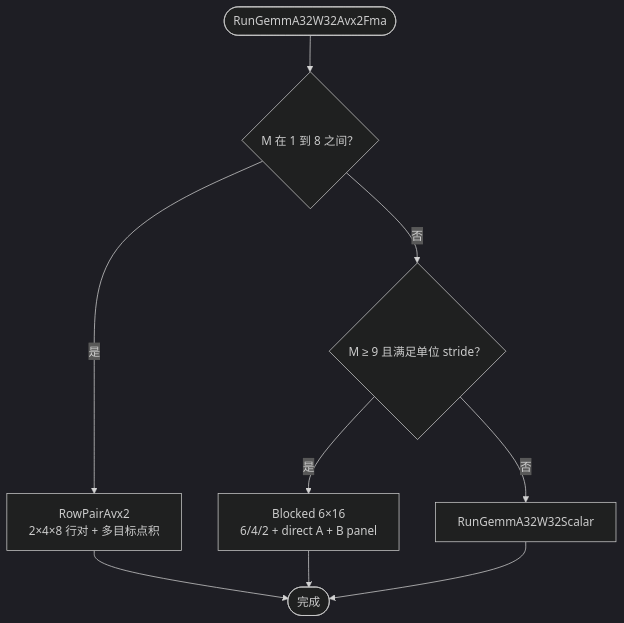
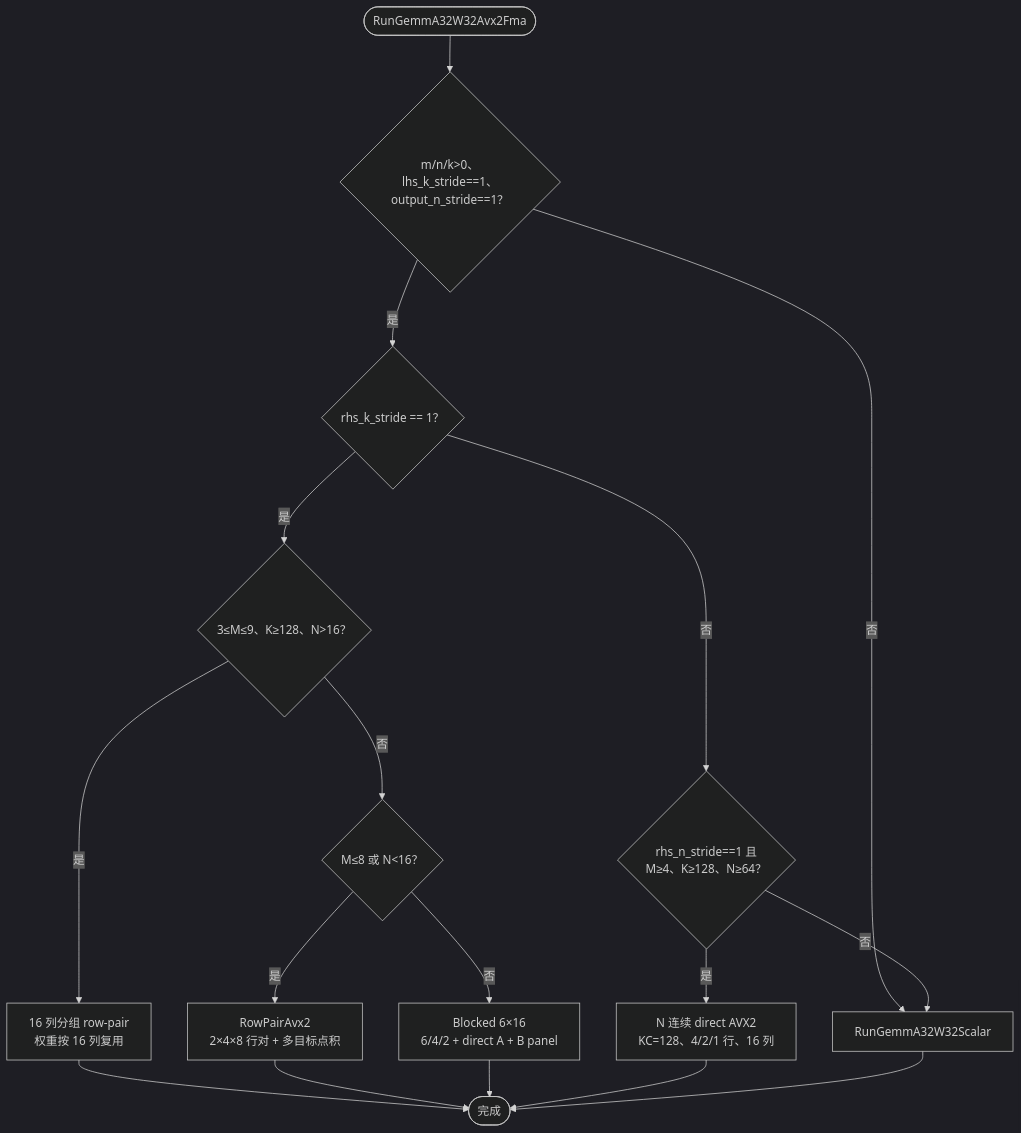
Before and after one commit to fengjiran/AetherMind: the seventh of 13 diagrams in docs/handbook/核心模块设计/算子系统 (Operators)/线性变换算子.md, drawn with Mermaid (dark theme). The commit also changed other lines of this file and 3 other files, not shown here.

Commit message:
docs(gemm): sync handbooks with blocked output overwrite

````diff
--- a/docs/handbook/核心模块设计/算子系统 (Operators)/线性变换算子.md
+++ b/docs/handbook/核心模块设计/算子系统 (Operators)/线性变换算子.md
@@ -299,11 +299,19 @@
 ```mermaid
 flowchart TD
-    Enter(["RunGemmA32W32Avx2Fma"]) --> SmallM{"M 在 1 到 8 之间？"}
-    SmallM -->|是| RowPair["RowPairAvx2<br/>2×4×8 行对 + 多目标点积"]
-    SmallM -->|否| LargeM{"M ≥ 9 且满足单位 stride？"}
-    LargeM -->|是| Blocked["Blocked 6×16<br/>6/4/2 + direct A + B panel"]
-    LargeM -->|否| ScalarFallback["RunGemmA32W32Scalar"]
-    RowPair --> Done(["完成"])
+    Enter(["RunGemmA32W32Avx2Fma"]) --> Base{"m/n/k>0、lhs_k_stride==1、<br/>output_n_stride==1？"}
+    Base -->|否| ScalarFallback["RunGemmA32W32Scalar"]
+    Base -->|是| RhsK{"rhs_k_stride == 1？"}
+    RhsK -->|是| KGroup{"3≤M≤9、K≥128、N>16？"}
+    KGroup -->|是| ColGroup["16 列分组 row-pair<br/>权重按 16 列复用"]
+    KGroup -->|否| KSmall{"M≤8 或 N<16？"}
+    KSmall -->|是| RowPair["RowPairAvx2<br/>2×4×8 行对 + 多目标点积"]
+    KSmall -->|否| Blocked["Blocked 6×16<br/>6/4/2 + direct A + B panel"]
+    RhsK -->|否| RhsN{"rhs_n_stride==1 且<br/>M≥4、K≥128、N≥64？"}
+    RhsN -->|是| NContig["N 连续 direct AVX2<br/>KC=128、4/2/1 行、16 列"]
+    RhsN -->|否| ScalarFallback
+    ColGroup --> Done(["完成"])
+    RowPair --> Done
     Blocked --> Done
+    NContig --> Done
     ScalarFallback --> Done
 ```
````
